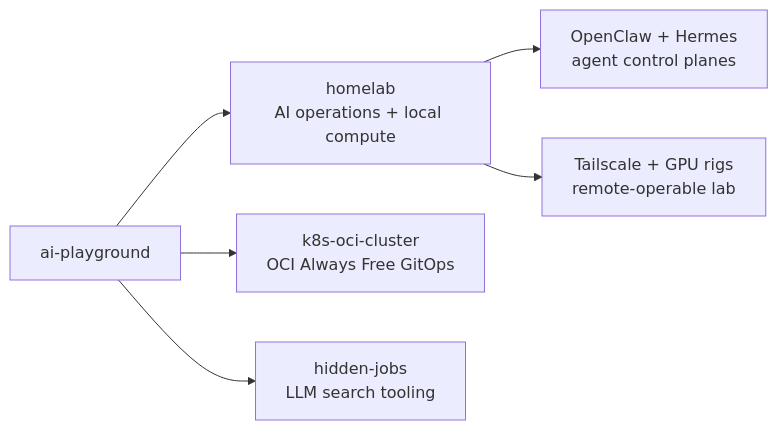
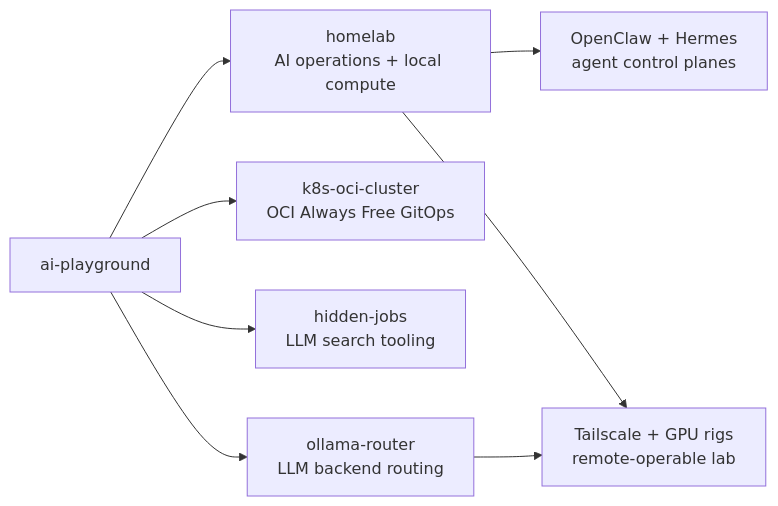
One commit to maslankalm/ai-playground changed the diagram in README.md. Above: the diagram before and after it, drawn with Mermaid. The commit also changed other lines of this file, not shown here.

Commit message:
Document Ollama router deployment

````diff
--- a/README.md
+++ b/README.md
@@ -9,16 +9,19 @@
 ```mermaid
 flowchart LR
     REPO["ai-playground"]
     HOMELAB["homelab<br/>AI operations + local compute"]
     K8S["k8s-oci-cluster<br/>OCI Always Free GitOps"]
     HIDDEN["hidden-jobs<br/>LLM search tooling"]
+    ROUTER["ollama-router<br/>LLM backend routing"]
 
     AGENTS["OpenClaw + Hermes<br/>agent control planes"]
     LAB["Tailscale + GPU rigs<br/>remote-operable lab"]
 
     REPO --> HOMELAB
     REPO --> K8S
     REPO --> HIDDEN
+    REPO --> ROUTER
     HOMELAB --> AGENTS
     HOMELAB --> LAB
+    ROUTER --> LAB
 ```
````
